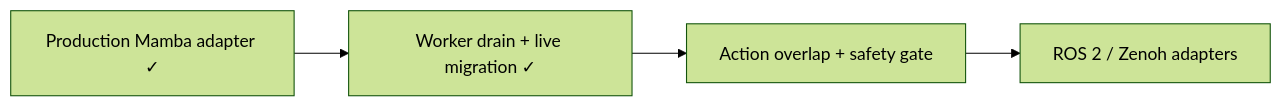
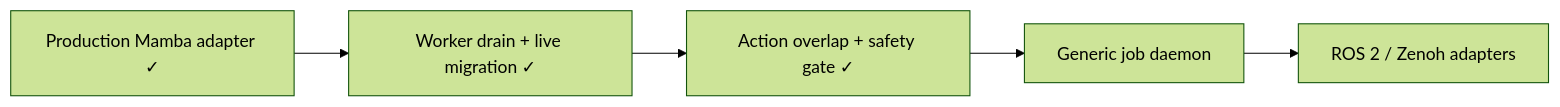
One commit to elprofesoriqo/FlowEdge changed the diagram in docs/roadmap.md. Above: the diagram before and after it, drawn with Mermaid (forest theme). The commit also changed other lines of this file and 10 other files, not shown here.

````diff
--- a/docs/roadmap.md
+++ b/docs/roadmap.md
@@ -15,6 +16,7 @@
 ```{mermaid}
 flowchart LR
   M[Production Mamba adapter ✓] --> G[Worker drain + live migration ✓]
-  G --> A[Action overlap + safety gate]
-  A --> R[ROS 2 / Zenoh adapters]
+  G --> A[Action overlap + safety gate ✓]
+  A --> D[Generic job daemon]
+  D --> R[ROS 2 / Zenoh adapters]
 ```
````
